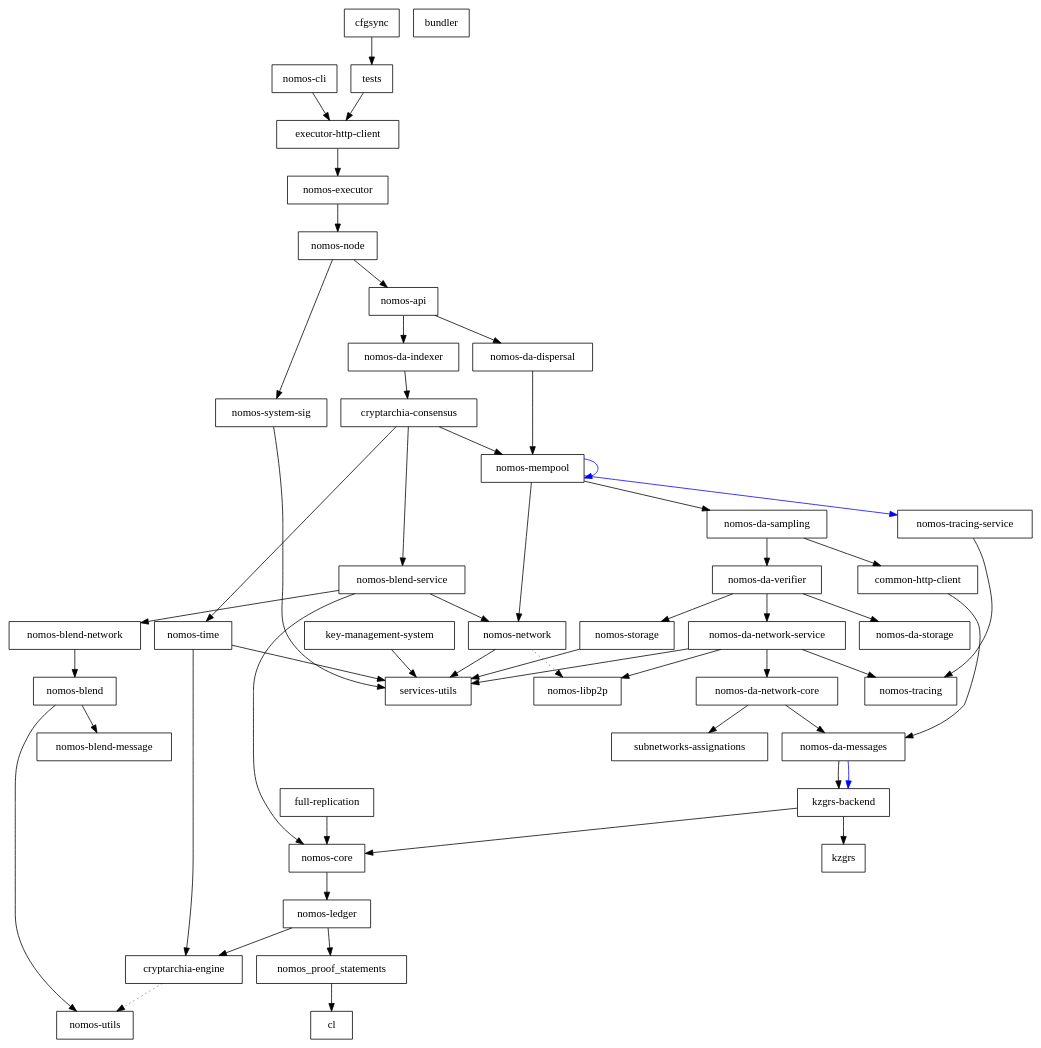
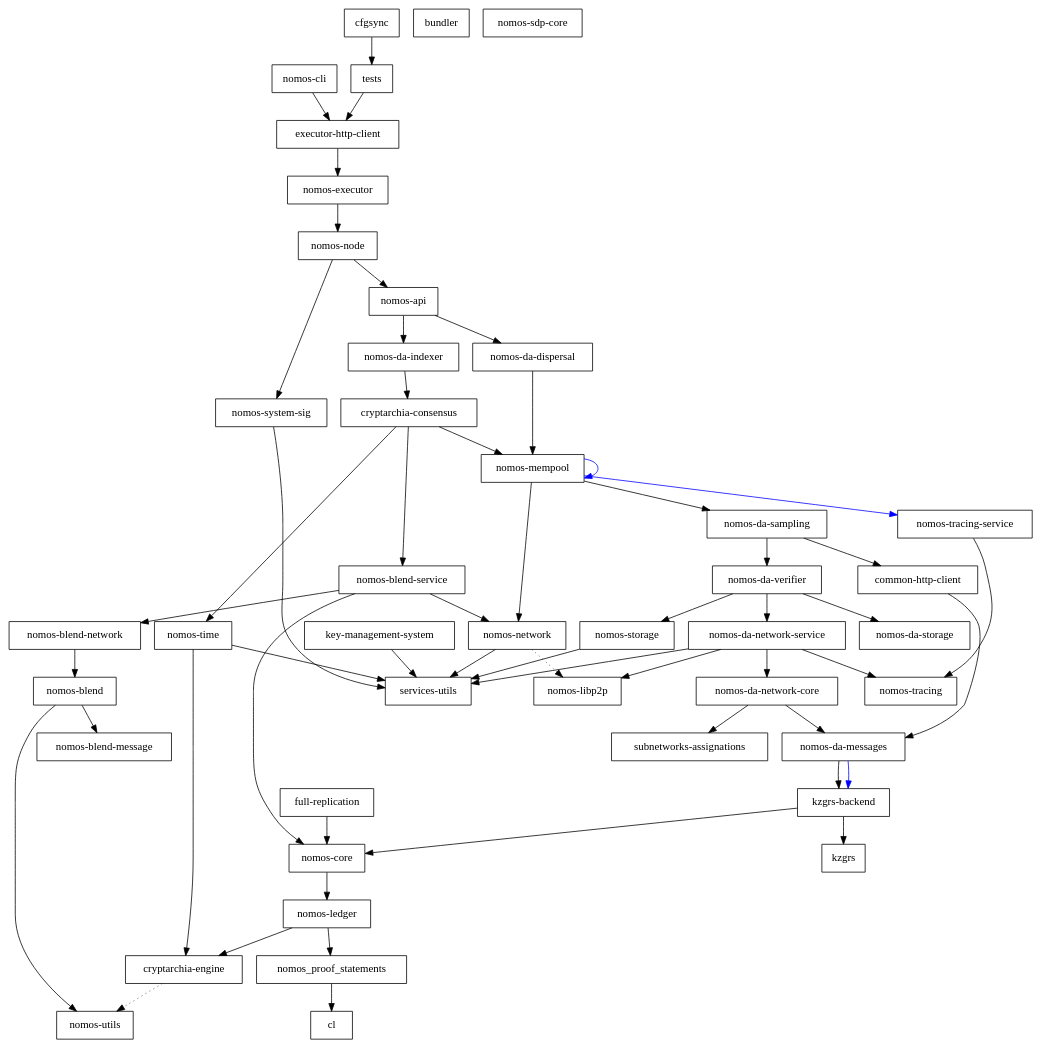
Before and after one commit to Astro521/logos-blockchain: the diagram in dependencies_graph.dot, drawn with Graphviz. The commit also changed 4 other files, not shown here.

```diff
--- a/dependencies_graph.dot
+++ b/dependencies_graph.dot
@@ -1,98 +1,99 @@
 digraph {
     0 [ label = "common-http-client" shape = box]
     1 [ label = "nomos-core" shape = box]
     2 [ label = "cl" shape = box]
     3 [ label = "cryptarchia-engine" shape = box]
     4 [ label = "nomos-utils" shape = box]
     5 [ label = "nomos-ledger" shape = box]
     6 [ label = "nomos_proof_statements" shape = box]
     7 [ label = "nomos-da-messages" shape = box]
     8 [ label = "kzgrs-backend" shape = box]
     9 [ label = "kzgrs" shape = box]
     10 [ label = "executor-http-client" shape = box]
     11 [ label = "nomos-executor" shape = box]
     12 [ label = "nomos-api" shape = box]
     13 [ label = "cryptarchia-consensus" shape = box]
     14 [ label = "nomos-blend-service" shape = box]
     15 [ label = "nomos-blend" shape = box]
     16 [ label = "nomos-blend-message" shape = box]
     17 [ label = "nomos-blend-network" shape = box]
     18 [ label = "nomos-libp2p" shape = box]
     19 [ label = "nomos-network" shape = box]
     20 [ label = "services-utils" shape = box]
     21 [ label = "nomos-da-sampling" shape = box]
     22 [ label = "nomos-da-network-core" shape = box]
     23 [ label = "subnetworks-assignations" shape = box]
     24 [ label = "nomos-da-network-service" shape = box]
     25 [ label = "nomos-tracing" shape = box]
     26 [ label = "nomos-da-storage" shape = box]
     27 [ label = "nomos-da-verifier" shape = box]
     28 [ label = "nomos-storage" shape = box]
     29 [ label = "nomos-mempool" shape = box]
     30 [ label = "nomos-tracing-service" shape = box]
     31 [ label = "nomos-time" shape = box]
     32 [ label = "nomos-da-dispersal" shape = box]
     33 [ label = "nomos-da-indexer" shape = box]
     34 [ label = "nomos-node" shape = box]
     35 [ label = "nomos-system-sig" shape = box]
     36 [ label = "bundler" shape = box]
     37 [ label = "nomos-cli" shape = box]
     38 [ label = "full-replication" shape = box]
-    39 [ label = "key-management-system" shape = box]
-    40 [ label = "cfgsync" shape = box]
-    41 [ label = "tests" shape = box]
+    39 [ label = "nomos-sdp-core" shape = box]
+    40 [ label = "key-management-system" shape = box]
+    41 [ label = "cfgsync" shape = box]
+    42 [ label = "tests" shape = box]
     0 -> 7 [ ]
     1 -> 5 [ ]
     3 -> 4 [ style = dotted]
     5 -> 3 [ ]
     5 -> 6 [ ]
     6 -> 2 [ ]
     7 -> 8 [ ]
     7 -> 8 [ color = blue]
     8 -> 9 [ ]
     8 -> 1 [ ]
     10 -> 11 [ ]
     11 -> 34 [ ]
     12 -> 32 [ ]
     12 -> 33 [ ]
     13 -> 14 [ ]
     13 -> 29 [ ]
     13 -> 31 [ ]
     14 -> 17 [ ]
     14 -> 1 [ ]
     14 -> 19 [ ]
     15 -> 16 [ ]
     15 -> 4 [ ]
     17 -> 15 [ ]
     19 -> 18 [ style = dotted]
     19 -> 20 [ ]
     21 -> 0 [ ]
     21 -> 27 [ ]
     22 -> 7 [ ]
     22 -> 23 [ ]
     24 -> 22 [ ]
     24 -> 18 [ ]
     24 -> 25 [ ]
     24 -> 20 [ ]
     27 -> 24 [ ]
     27 -> 26 [ ]
     27 -> 28 [ ]
     28 -> 20 [ ]
     29 -> 21 [ ]
     29 -> 29 [ color = blue]
     29 -> 19 [ ]
     29 -> 30 [ color = blue]
     30 -> 25 [ ]
     31 -> 3 [ ]
     31 -> 20 [ ]
     32 -> 29 [ ]
     33 -> 13 [ ]
     34 -> 12 [ ]
     34 -> 35 [ ]
     35 -> 20 [ ]
     37 -> 10 [ ]
     38 -> 1 [ ]
-    39 -> 20 [ ]
-    40 -> 41 [ ]
-    41 -> 10 [ ]
+    40 -> 20 [ ]
+    41 -> 42 [ ]
+    42 -> 10 [ ]
 }
```
